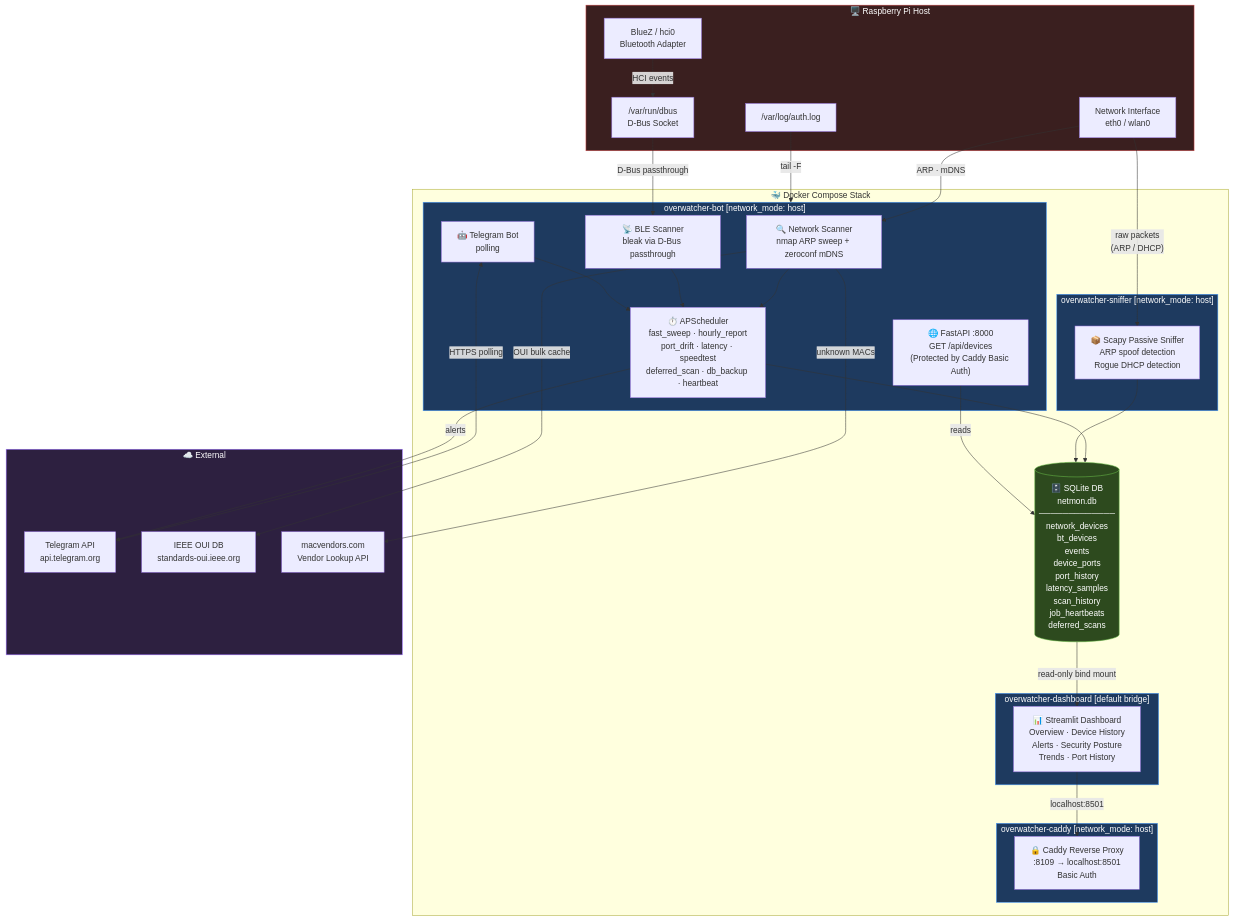
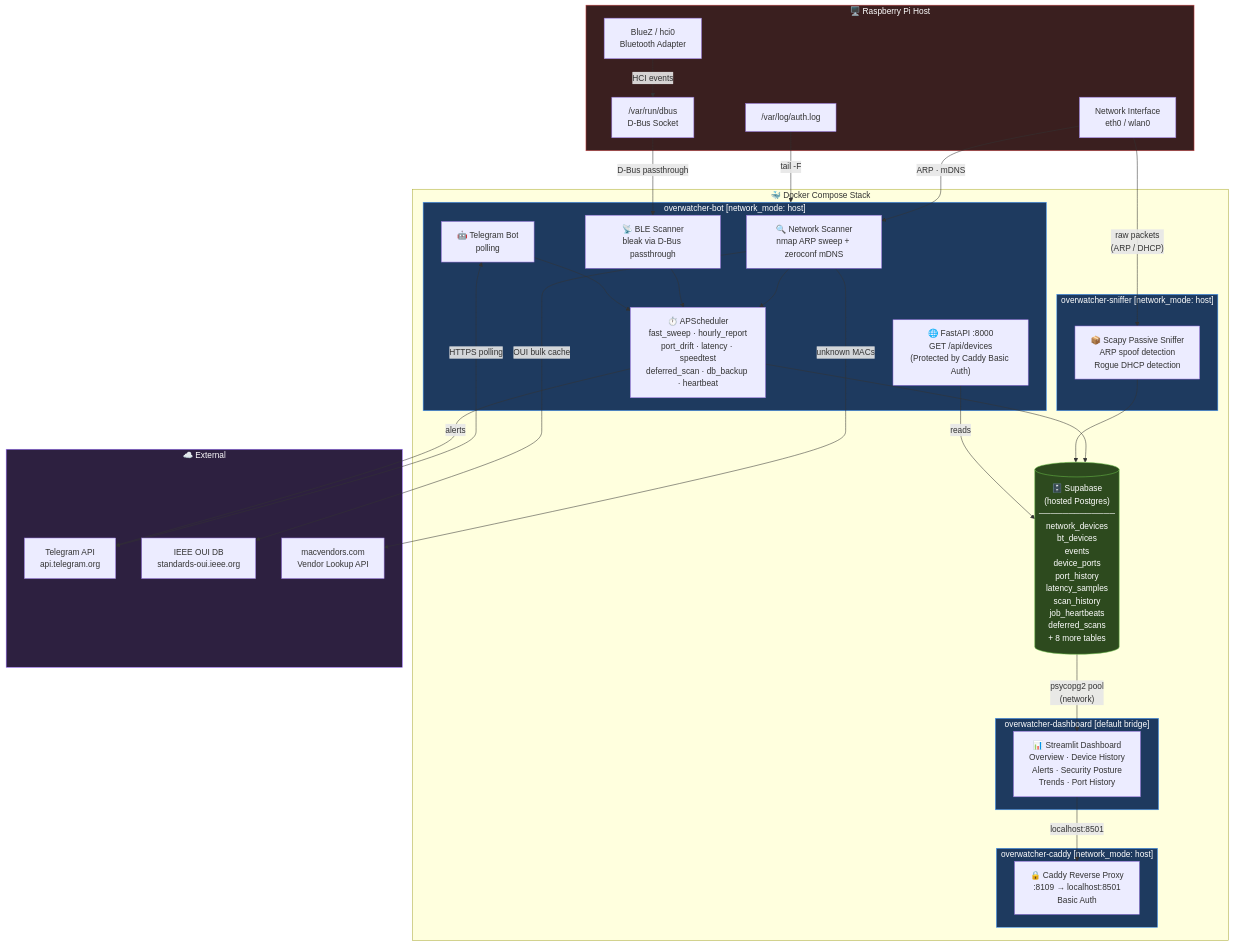
One commit to AbhiPra24/OverwatcherPI changed the diagram in README.md. Above: the diagram before and after it, drawn with Mermaid. The commit also changed other lines of this file and 17 other files, not shown here.

First line of the commit message:
Migrate database from SQLite to hosted Supabase Postgres

````diff
--- a/README.md
+++ b/README.md
@@ -9,82 +9,82 @@
 ```mermaid
 flowchart TD
     subgraph HOST["🖥️ Raspberry Pi Host"]
         BT["BlueZ / hci0\nBluetooth Adapter"]
         NIC["Network Interface\neth0 / wlan0"]
         DBUS["/var/run/dbus\nD-Bus Socket"]
         AUTHLOG["/var/log/auth.log"]
     end
 
     subgraph DOCKER["🐳 Docker Compose Stack"]
 
         subgraph BOT["overwatcher-bot  [network_mode: host]"]
             NMAP["🔍 Network Scanner\nnmap ARP sweep + zeroconf mDNS"]
             BLE["📡 BLE Scanner\nbleak via D-Bus passthrough"]
             SCHED["⏱️ APScheduler\nfast_sweep · hourly_report\nport_drift · latency · speedtest\ndeferred_scan · db_backup · heartbeat"]
             API["🌐 FastAPI :8000\nGET /api/devices\n(Protected by Caddy Basic Auth)"]
             TGBOT["🤖 Telegram Bot\npolling"]
         end
 
         subgraph SNIFFER["overwatcher-sniffer  [network_mode: host]"]
             SCAPY["📦 Scapy Passive Sniffer\nARP spoof detection\nRogue DHCP detection"]
         end
 
         subgraph DASH["overwatcher-dashboard  [default bridge]"]
             STREAMLIT["📊 Streamlit Dashboard\nOverview · Device History\nAlerts · Security Posture\nTrends · Port History"]
         end
 
         subgraph PROXY["overwatcher-caddy  [network_mode: host]"]
             CADDY["🔒 Caddy Reverse Proxy\n:8109 → localhost:8501\nBasic Auth"]
         end
 
-        DB[("🗄️ SQLite DB\nnetmon.db\n─────────────\nnetwork_devices\nbt_devices\nevents\ndevice_ports\nport_history\nlatency_samples\nscan_history\njob_heartbeats\ndeferred_scans")]
+        DB[("🗄️ Supabase\n(hosted Postgres)\n─────────────\nnetwork_devices\nbt_devices\nevents\ndevice_ports\nport_history\nlatency_samples\nscan_history\njob_heartbeats\ndeferred_scans\n+ 8 more tables")]
     end
 
     subgraph EXTERNAL["☁️ External"]
         TG["Telegram API\napi.telegram.org"]
         OUI["IEEE OUI DB\nstandards-oui.ieee.org"]
         MV["macvendors.com\nVendor Lookup API"]
     end
 
     %% Host → Bot
     NIC -->|"ARP · mDNS"| NMAP
     BT -->|"HCI events"| DBUS
     DBUS -->|"D-Bus passthrough"| BLE
     AUTHLOG -->|"tail -F"| BOT
 
     %% Host → Sniffer
     NIC -->|"raw packets\n(ARP / DHCP)"| SCAPY
 
     %% Bot internals
     NMAP --> SCHED
     BLE --> SCHED
     SCHED --> DB
     SCAPY --> DB
     TGBOT --> SCHED
 
     %% DB → Dashboard
-    DB -->|"read-only bind mount"| STREAMLIT
+    DB -->|"psycopg2 pool\n(network)"| STREAMLIT
 
     %% Dashboard → Caddy → User
     STREAMLIT -->|"localhost:8501"| CADDY
 
     %% Bot ↔ Telegram
     TGBOT <-->|"HTTPS polling"| TG
     SCHED -->|"alerts"| TG
 
     %% External enrichment
     NMAP -->|"OUI bulk cache"| OUI
     NMAP -->|"unknown MACs"| MV
 
     %% API
     API -->|"reads"| DB
 
     classDef container fill:#1e3a5f,stroke:#4a9eff,color:#fff
     classDef db fill:#2d4a1e,stroke:#6abf4b,color:#fff
     classDef host fill:#3a1f1f,stroke:#cc4444,color:#fff
     classDef external fill:#2d2040,stroke:#9b6eff,color:#fff
     class BOT,SNIFFER,DASH,PROXY container
     class DB db
     class HOST host
     class EXTERNAL external
 ```
````
